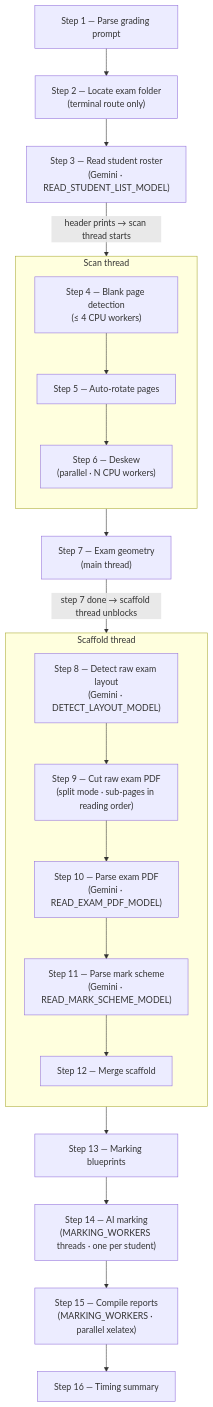
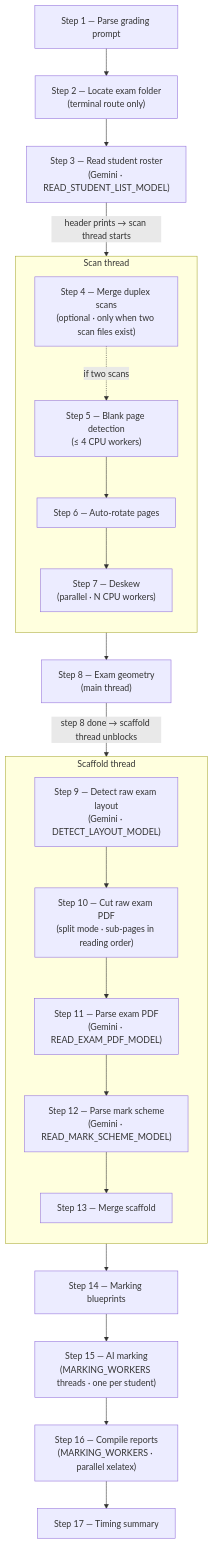
The third of 3 diagrams in README.md (JoschkaKoen/IGCSE-Exercise-Sheet-Generator-1), drawn with Mermaid before and after one commit. The commit also changed other lines of this file, not shown here.

First line of the commit message:
docs: README for 16-step pipeline, duplex merge, and artifact names

````diff
--- a/README.md
+++ b/README.md
@@ -154,36 +154,38 @@
 ```mermaid
 flowchart TD
     s1["Step 1 — Parse grading prompt"]
     s2["Step 2 — Locate exam folder\n(terminal route only)"]
     s3["Step 3 — Read student roster\n(Gemini · READ_STUDENT_LIST_MODEL)"]
     s1 --> s2 --> s3
 
     s3 -->|"header prints → scan thread starts"| s4
 
     subgraph scan ["Scan thread"]
         direction TB
-        s4["Step 4 — Blank page detection\n(≤ 4 CPU workers)"]
-        s5["Step 5 — Auto-rotate pages"]
-        s6["Step 6 — Deskew\n(parallel · N CPU workers)"]
-        s4 --> s5 --> s6
+        s4["Step 4 — Merge duplex scans\n(optional · only when two scan files exist)"]
+        s5["Step 5 — Blank page detection\n(≤ 4 CPU workers)"]
+        s6["Step 6 — Auto-rotate pages"]
+        s7["Step 7 — Deskew\n(parallel · N CPU workers)"]
+        s4 -.->|if two scans| s5
+        s5 --> s6 --> s7
     end
 
-    s6 --> s7["Step 7 — Exam geometry\n(main thread)"]
+    s7 --> s8["Step 8 — Exam geometry\n(main thread)"]
 
-    s7 -->|"step 7 done → scaffold thread unblocks"| s8
+    s8 -->|"step 8 done → scaffold thread unblocks"| s9
 
     subgraph scaffold ["Scaffold thread"]
         direction TB
-        s8["Step 8 — Detect raw exam layout\n(Gemini · DETECT_LAYOUT_MODEL)"]
-        s9["Step 9 — Cut raw exam PDF\n(split mode · sub-pages in reading order)"]
-        s10["Step 10 — Parse exam PDF\n(Gemini · READ_EXAM_PDF_MODEL)"]
-        s11["Step 11 — Parse mark scheme\n(Gemini · READ_MARK_SCHEME_MODEL)"]
-        s12["Step 12 — Merge scaffold"]
-        s8 --> s9 --> s10 --> s11 --> s12
+        s9["Step 9 — Detect raw exam layout\n(Gemini · DETECT_LAYOUT_MODEL)"]
+        s10["Step 10 — Cut raw exam PDF\n(split mode · sub-pages in reading order)"]
+        s11["Step 11 — Parse exam PDF\n(Gemini · READ_EXAM_PDF_MODEL)"]
+        s12["Step 12 — Parse mark scheme\n(Gemini · READ_MARK_SCHEME_MODEL)"]
+        s13["Step 13 — Merge scaffold"]
+        s9 --> s10 --> s11 --> s12 --> s13
     end
 
-    s12 --> s13["Step 13 — Marking blueprints"]
-    s13 --> s14["Step 14 — AI marking\n(MARKING_WORKERS threads · one per student)"]
-    s14 --> s15["Step 15 — Compile reports\n(MARKING_WORKERS · parallel xelatex)"]
-    s15 --> s16["Step 16 — Timing summary"]
+    s13 --> s14["Step 14 — Marking blueprints"]
+    s14 --> s15["Step 15 — AI marking\n(MARKING_WORKERS threads · one per student)"]
+    s15 --> s16["Step 16 — Compile reports\n(MARKING_WORKERS · parallel xelatex)"]
+    s16 --> s17["Step 17 — Timing summary"]
 ```
````
